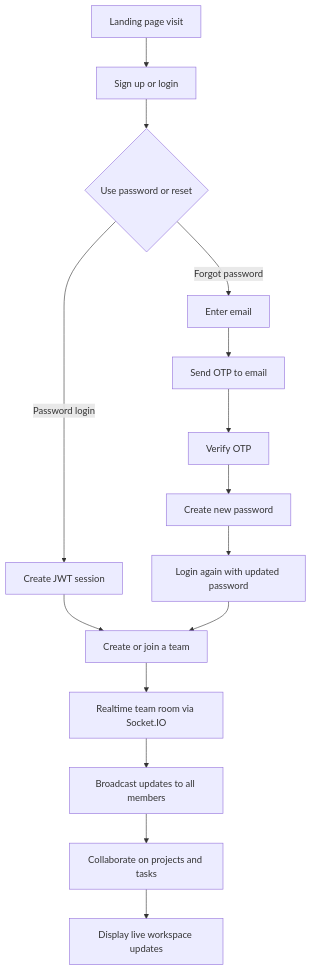
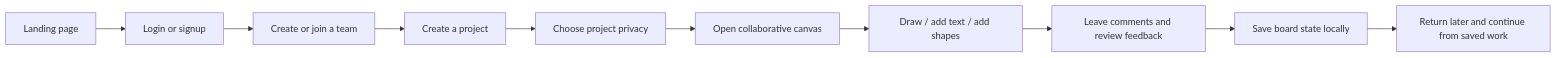
The diagram in README.md (nandini11130/DesignSpace), drawn with Mermaid before and after one commit. The commit also changed other lines of this file and 5 other files, not shown here.

````diff
--- a/README.md
+++ b/README.md
@@ -26,17 +38,12 @@
 ```mermaid
-flowchart TD
-    A[Landing page visit] --> B[Sign up or login]
-    B --> C{Use password or reset}
-    C -->|Password login| D[Create JWT session]
-    C -->|Forgot password| E[Enter email]
-    E --> F[Send OTP to email]
-    F --> G[Verify OTP]
-    G --> H[Create new password]
-    H --> I[Login again with updated password]
-    D --> J[Create or join a team]
-    I --> J
-    J --> K[Realtime team room via Socket.IO]
-    K --> L[Broadcast updates to all members]
-    L --> M[Collaborate on projects and tasks]
-    M --> N[Display live workspace updates]
+flowchart LR
+    A[Landing page] --> B[Login or signup]
+    B --> C[Create or join a team]
+    C --> D[Create a project]
+    D --> E[Choose project privacy]
+    E --> F[Open collaborative canvas]
+    F --> G[Draw / add text / add shapes]
+    G --> H[Leave comments and review feedback]
+    H --> I[Save board state locally]
+    I --> J[Return later and continue from saved work]
 ```
````
